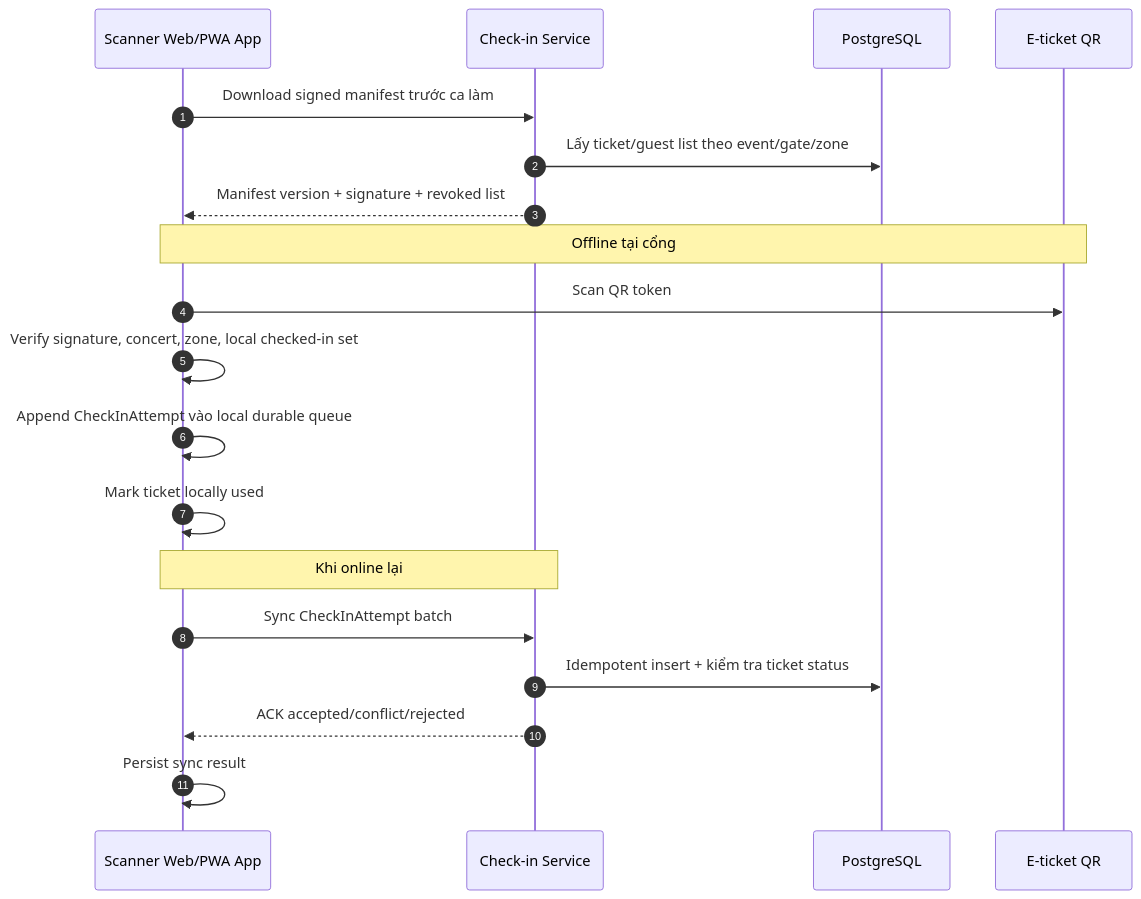
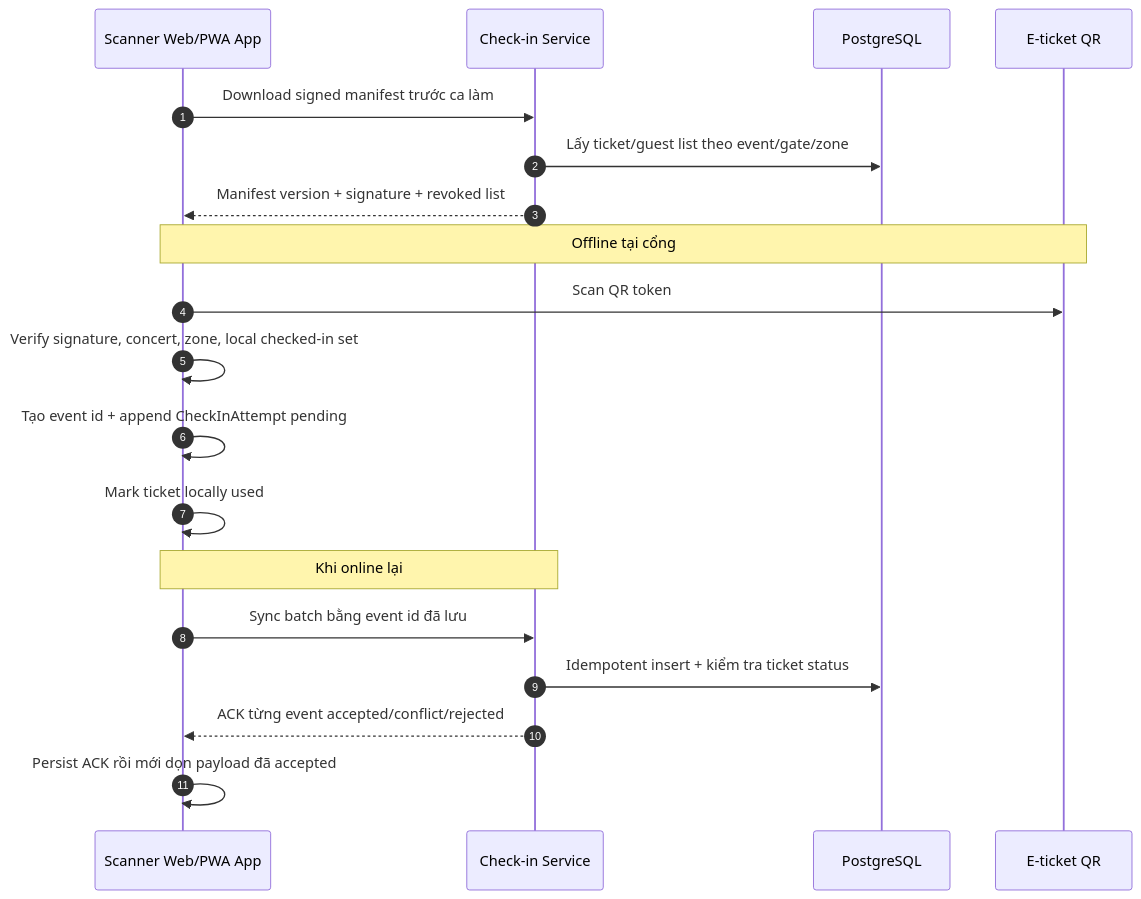
Before and after one commit to Toanapr/ticket-box: the second of 5 diagrams in blueprint/05-business-flows.md, drawn with Mermaid. The commit also changed other lines of this file and 8 other files, not shown here.

````diff
--- a/blueprint/05-business-flows.md
+++ b/blueprint/05-business-flows.md
@@ -54,24 +54,24 @@
 ```mermaid
 sequenceDiagram
     autonumber
     participant App as Scanner Web/PWA App
     participant Checkin as Check-in Service
     participant DB as PostgreSQL
     participant QR as E-ticket QR
 
     App->>Checkin: Download signed manifest trước ca làm
     Checkin->>DB: Lấy ticket/guest list theo event/gate/zone
     Checkin-->>App: Manifest version + signature + revoked list
 
     Note over App,QR: Offline tại cổng
     App->>QR: Scan QR token
     App->>App: Verify signature, concert, zone, local checked-in set
-    App->>App: Append CheckInAttempt vào local durable queue
+    App->>App: Tạo event id + append CheckInAttempt pending
     App->>App: Mark ticket locally used
 
     Note over App,Checkin: Khi online lại
-    App->>Checkin: Sync CheckInAttempt batch
+    App->>Checkin: Sync batch bằng event id đã lưu
     Checkin->>DB: Idempotent insert + kiểm tra ticket status
-    Checkin-->>App: ACK accepted/conflict/rejected
-    App->>App: Persist sync result
+    Checkin-->>App: ACK từng event accepted/conflict/rejected
+    App->>App: Persist ACK rồi mới dọn payload đã accepted
 ```
````
